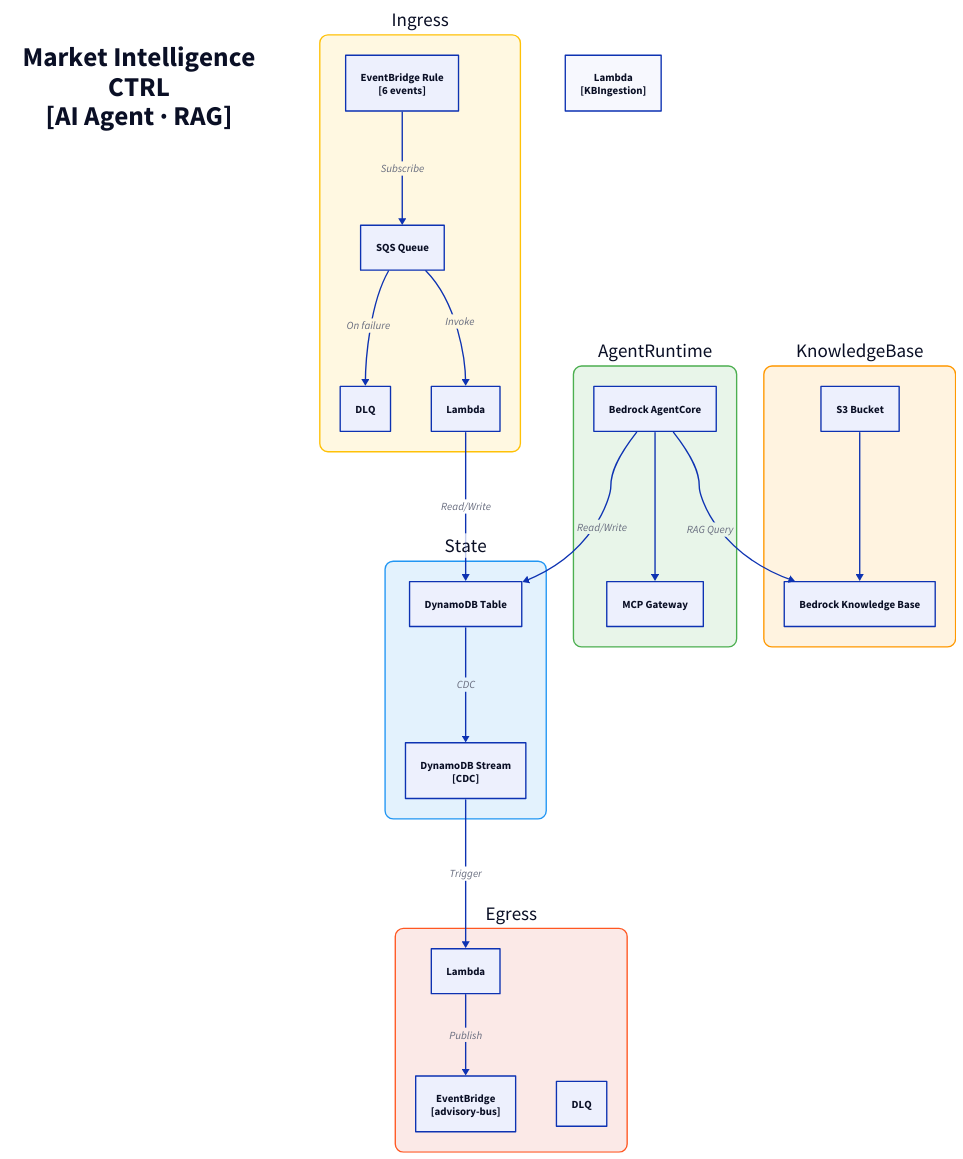
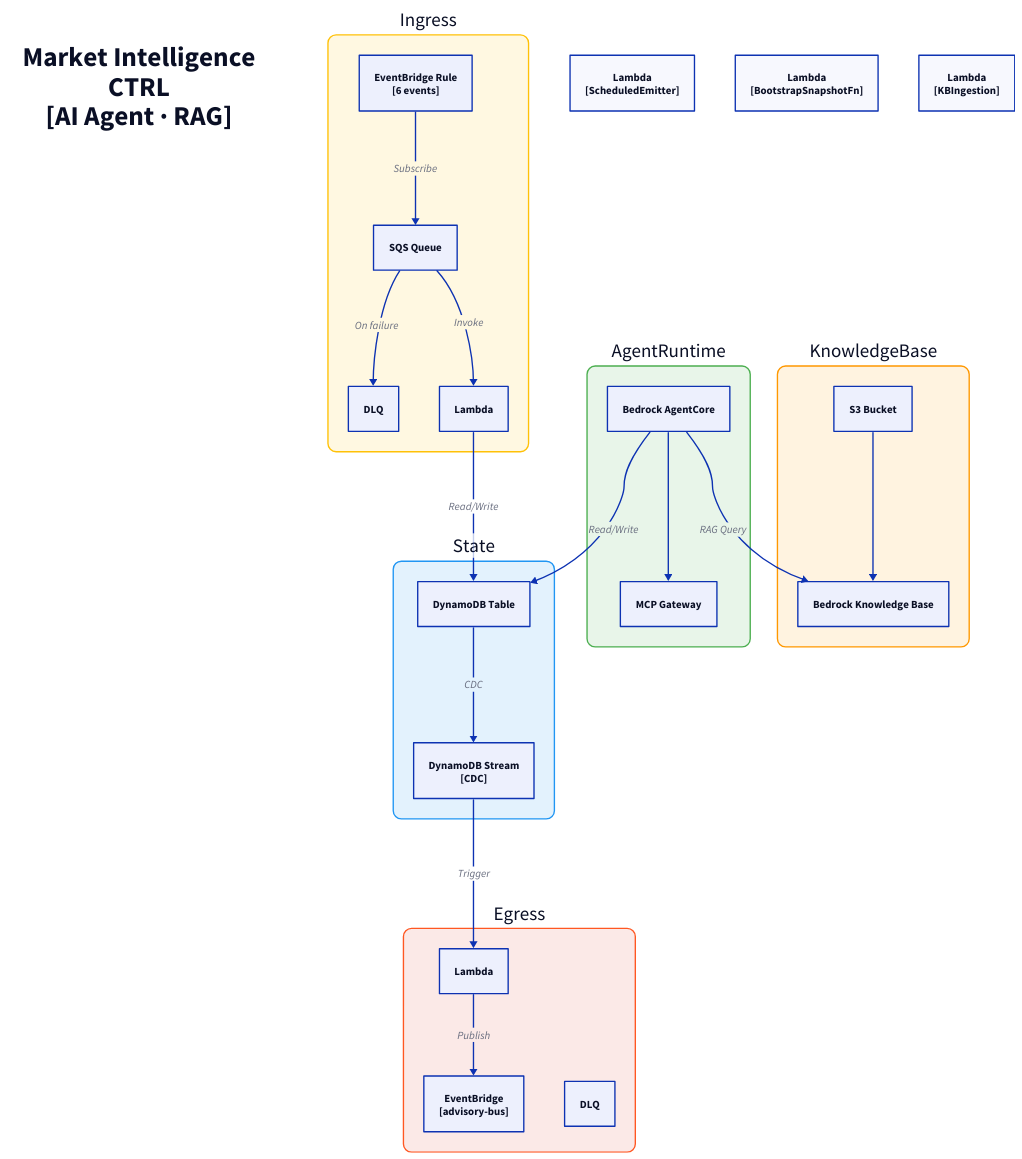
Before and after one commit to fabio-vitali/nestfolio: the diagram in docs/architecture/c3/market-intelligence-ctrl.d2, drawn with D2. The commit also changed 15 other files, not shown here.

First line of the commit message:
docs(architecture): regen advisory-cycle flow + C4 diagrams post-precomputation

```diff
--- a/docs/architecture/c3/market-intelligence-ctrl.d2
+++ b/docs/architecture/c3/market-intelligence-ctrl.d2
@@ -1,55 +1,57 @@
 direction: down
 
 title: "Market Intelligence\nCTRL\n[AI Agent · RAG]" {
   style: { font-size: 40; bold: true; fill: transparent; stroke: transparent }
 }
 
 ingress: "Ingress" {
   style: { fill: "#FFF8E1"; stroke: "#FFC107"; border-radius: 12; font-size: 28 }
   rule: "EventBridge Rule\n[6 events]" { class: aws-eventbridge }
   sqs: "SQS Queue" { class: aws-sqs }
   dlq: "DLQ" { class: aws-dlq }
   handler: "Lambda" { class: aws-lambda }
 
   rule -> sqs: Subscribe
   sqs -> handler: Invoke
   sqs -> dlq: On failure
 }
 
 state: "State" {
   style: { fill: "#E3F2FD"; stroke: "#2196F3"; border-radius: 12; font-size: 28 }
   table: "DynamoDB Table" { class: aws-dynamodb }
   stream: "DynamoDB Stream\n[CDC]" { class: aws-ddb-stream }
   table -> stream: CDC
 }
 
 egress: "Egress" {
   style: { fill: "#FBE9E7"; stroke: "#FF5722"; border-radius: 12; font-size: 28 }
   processor: "Lambda" { class: aws-lambda }
   bus: "EventBridge\n[advisory-bus]" { class: aws-eventbridge }
   dlq: "DLQ" { class: aws-dlq }
 
   processor -> bus: Publish
 }
 
 agent-runtime: "AgentRuntime" {
   style: { fill: "#E8F5E9"; stroke: "#4CAF50"; border-radius: 12; font-size: 28 }
   runtime: "Bedrock AgentCore" { class: aws-bedrock }
   gateway: "MCP Gateway" { class: aws-lambda }
   runtime -> gateway
 }
 
 knowledge-base: "KnowledgeBase" {
   style: { fill: "#FFF3E0"; stroke: "#FF9800"; border-radius: 12; font-size: 28 }
   kb: "Bedrock Knowledge Base" { class: aws-bedrock }
   s3: "S3 Bucket" { class: aws-s3 }
   s3 -> kb
 }
 
+scheduled-emitter: "Lambda\n[ScheduledEmitter]" { class: aws-lambda }
+bootstrap-snapshot-fn: "Lambda\n[BootstrapSnapshotFn]" { class: aws-lambda }
 kbingestion: "Lambda\n[KBIngestion]" { class: aws-lambda }
 
 # Flows
 ingress.handler -> state.table: Read/Write
 state.stream -> egress.processor: Trigger
 agent-runtime.runtime -> knowledge-base.kb: RAG Query
 agent-runtime.runtime -> state.table: Read/Write
```
